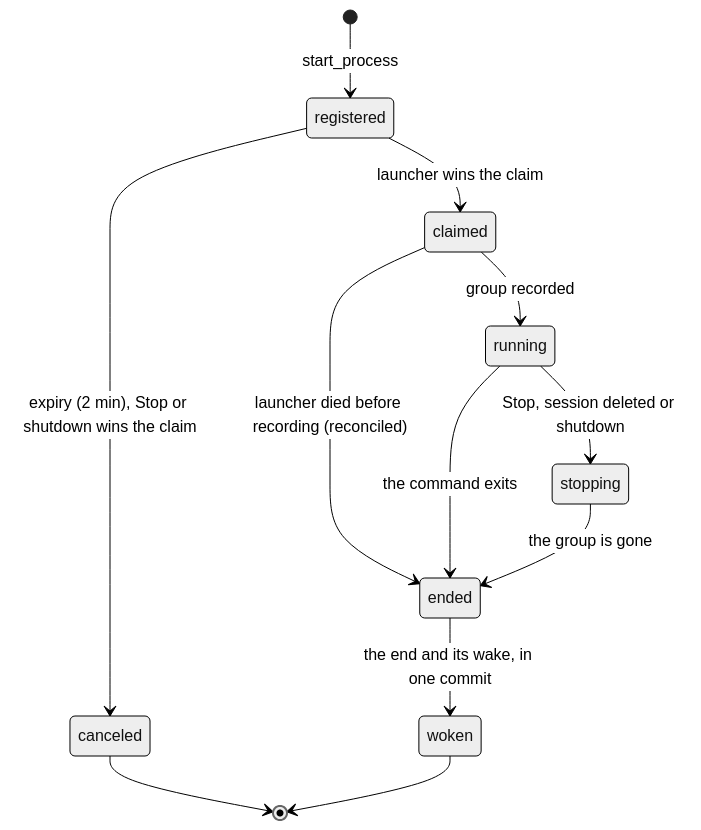
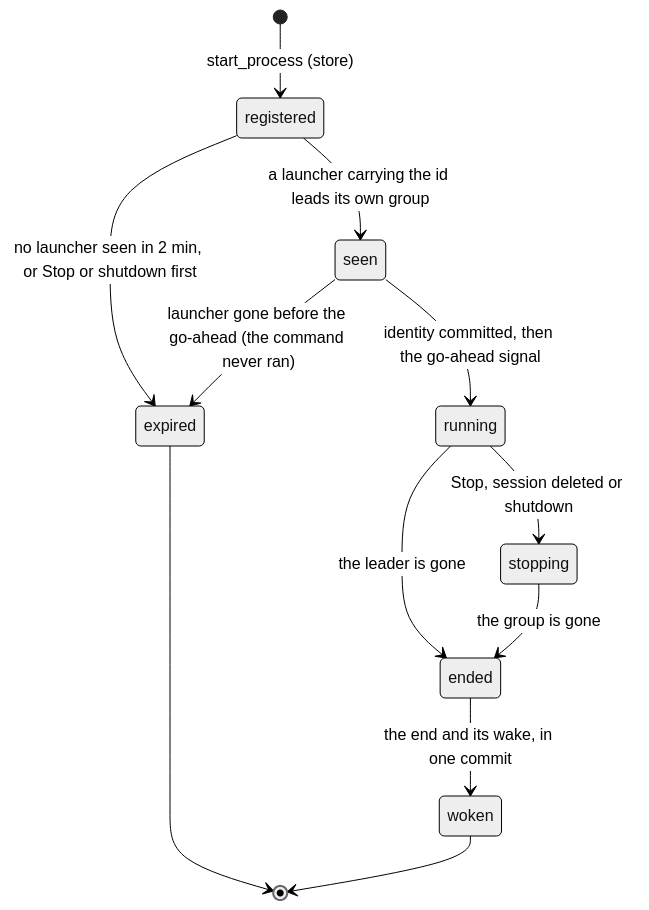
One commit to HJeon139/postbox changed the second of 2 diagrams in designs/architecture/background-processes.md. Above: the diagram before and after it, drawn with Mermaid (neutral theme). The commit also changed other lines of this file, not shown here.

First line of the commit message:
docs(architecture): keep process control out of the workspace

````diff
--- a/designs/architecture/background-processes.md
+++ b/designs/architecture/background-processes.md
@@ -85,14 +101,14 @@
 ```mermaid
 stateDiagram-v2
-  [*] --> registered: start_process
-  registered --> canceled: expiry (2 min), Stop or shutdown wins the claim
-  registered --> claimed: launcher wins the claim
-  claimed --> running: group recorded
-  claimed --> ended: launcher died before recording (reconciled)
+  [*] --> registered: start_process (store)
+  registered --> expired: no launcher seen in 2 min, or Stop or shutdown first
+  registered --> seen: a launcher carrying the id leads its own group
+  seen --> running: identity committed, then the go-ahead signal
+  seen --> expired: launcher gone before the go-ahead (the command never ran)
   running --> stopping: Stop, session deleted or shutdown
-  running --> ended: the command exits
+  running --> ended: the leader is gone
   stopping --> ended: the group is gone
   ended --> woken: the end and its wake, in one commit
-  canceled --> [*]
+  expired --> [*]
   woken --> [*]
 ```
````
